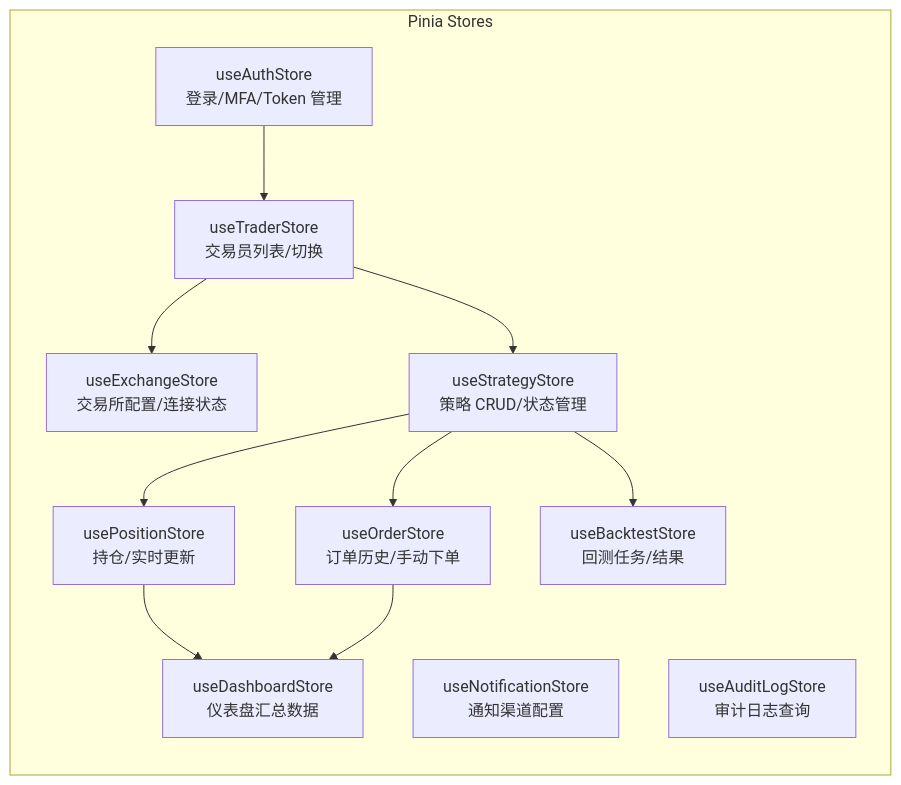
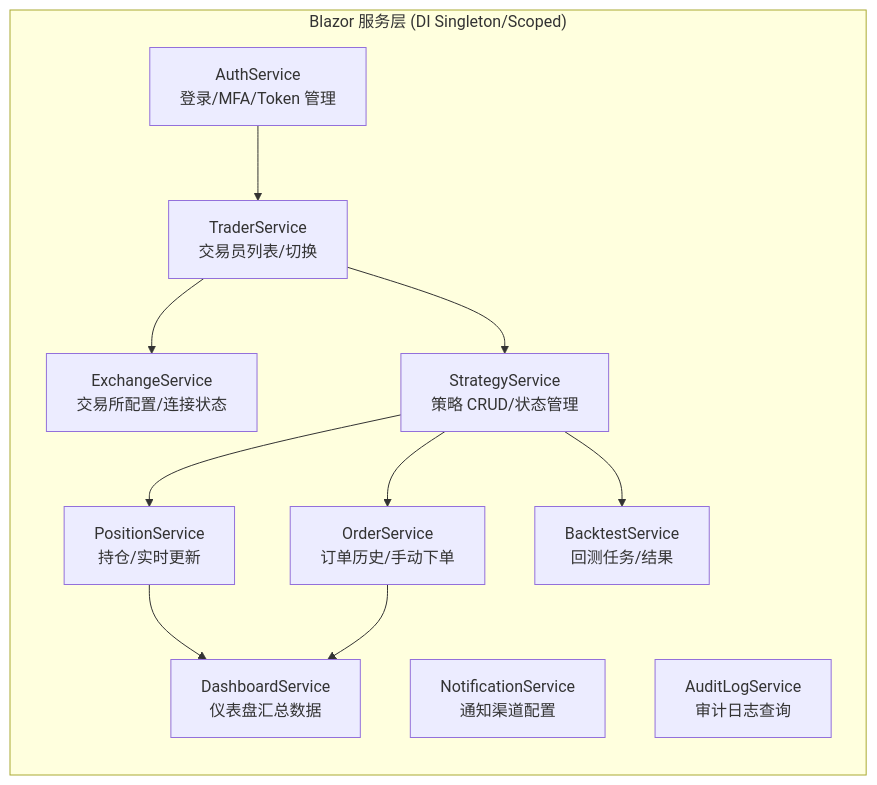
Before and after one commit to bambuo/TradeX: the third of 16 diagrams in docs/TAD.md, drawn with Mermaid. The commit also changed other lines of this file and 13 other files, not shown here.

````diff
--- a/docs/TAD.md
+++ b/docs/TAD.md
@@ -128,24 +164,24 @@
 ```mermaid
 flowchart LR
-  subgraph Stores["Pinia Stores"]
-    AUTH[useAuthStore<br/>登录/MFA/Token 管理]
-    TRADER[useTraderStore<br/>交易员列表/切换]
-    EXCH[useExchangeStore<br/>交易所配置/连接状态]
-    STRAT[useStrategyStore<br/>策略 CRUD/状态管理]
-    POS[usePositionStore<br/>持仓/实时更新]
-    ORDER[useOrderStore<br/>订单历史/手动下单]
-    DASH[useDashboardStore<br/>仪表盘汇总数据]
-    NOTIF[useNotificationStore<br/>通知渠道配置]
-    BACKTEST[useBacktestStore<br/>回测任务/结果]
-    AUDIT[useAuditLogStore<br/>审计日志查询]
+  subgraph SERVICES["Blazor 服务层 (DI Singleton/Scoped)"]
+    AUTH[AuthService<br/>登录/MFA/Token 管理]
+    TRADER[TraderService<br/>交易员列表/切换]
+    EXCH[ExchangeService<br/>交易所配置/连接状态]
+    STRAT[StrategyService<br/>策略 CRUD/状态管理]
+    POS[PositionService<br/>持仓/实时更新]
+    ORDER[OrderService<br/>订单历史/手动下单]
+    DASH[DashboardService<br/>仪表盘汇总数据]
+    NOTIF[NotificationService<br/>通知渠道配置]
+    BACKTEST[BacktestService<br/>回测任务/结果]
+    AUDIT[AuditLogService<br/>审计日志查询]
   end
 
   AUTH --> TRADER
   TRADER --> EXCH
   TRADER --> STRAT
   STRAT --> POS
   STRAT --> ORDER
   STRAT --> BACKTEST
   POS --> DASH
   ORDER --> DASH
 ```
````
